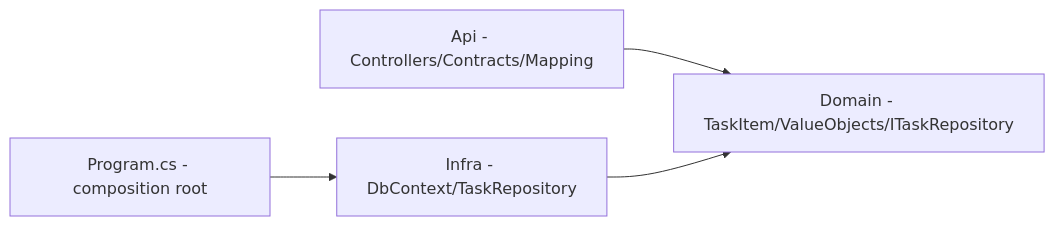
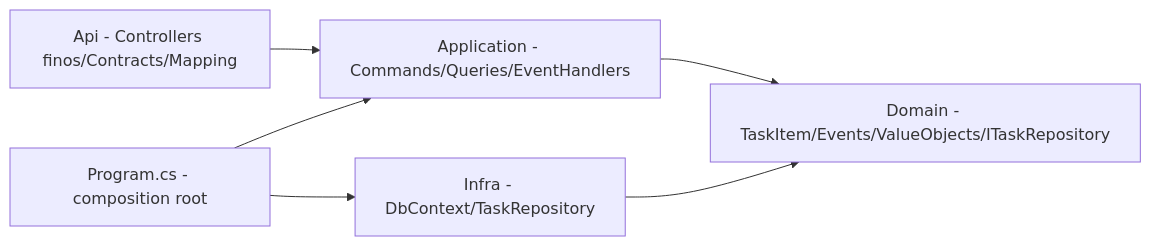
Before and after one commit to Vinicius-Souza-Rodrigues/taskflow-react-aspnet: the second of 2 diagrams in ARCHITECTURE.md, drawn with Mermaid. The commit also changed other lines of this file and 45 other files, not shown here.

````diff
--- a/ARCHITECTURE.md
+++ b/ARCHITECTURE.md
@@ -23,6 +28,8 @@
 ```mermaid
 graph LR
-    Api[Api - Controllers/Contracts/Mapping] --> Domain[Domain - TaskItem/ValueObjects/ITaskRepository]
+    Api[Api - Controllers finos/Contracts/Mapping] --> Application[Application - Commands/Queries/EventHandlers]
+    Application --> Domain[Domain - TaskItem/Events/ValueObjects/ITaskRepository]
     Infra[Infra - DbContext/TaskRepository] --> Domain
     Composition[Program.cs - composition root] --> Infra
+    Composition --> Application
 ```
````
